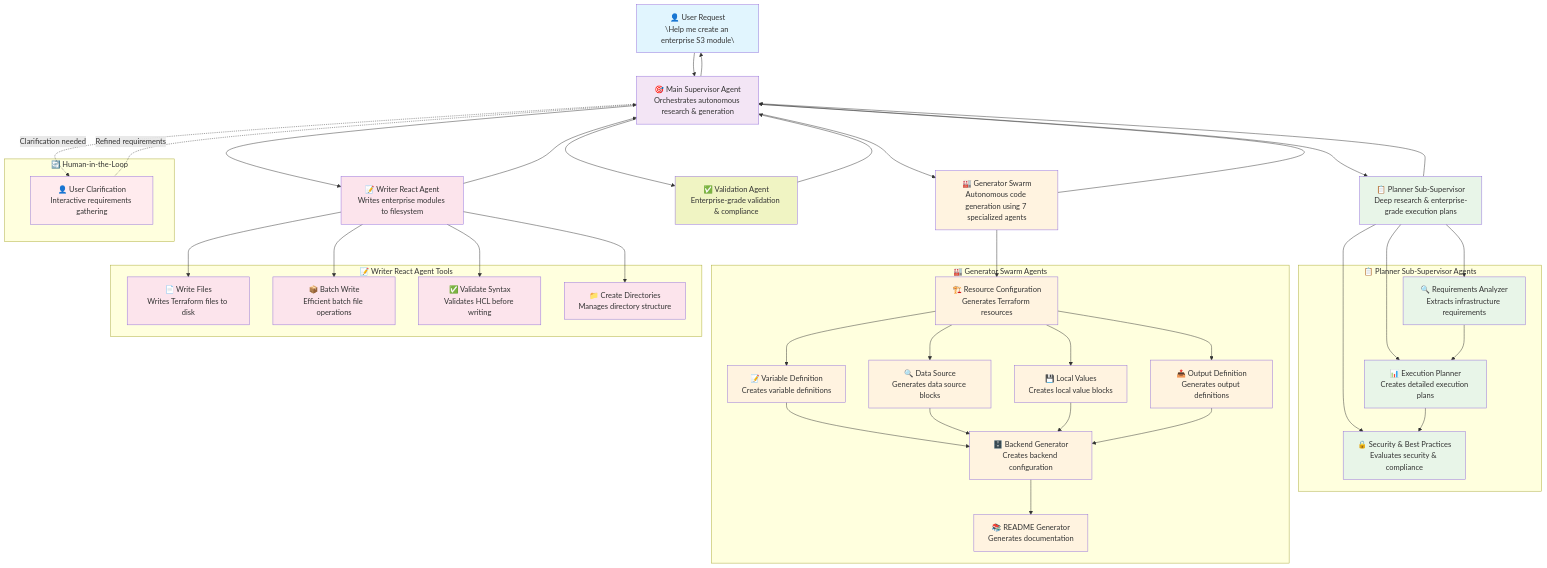
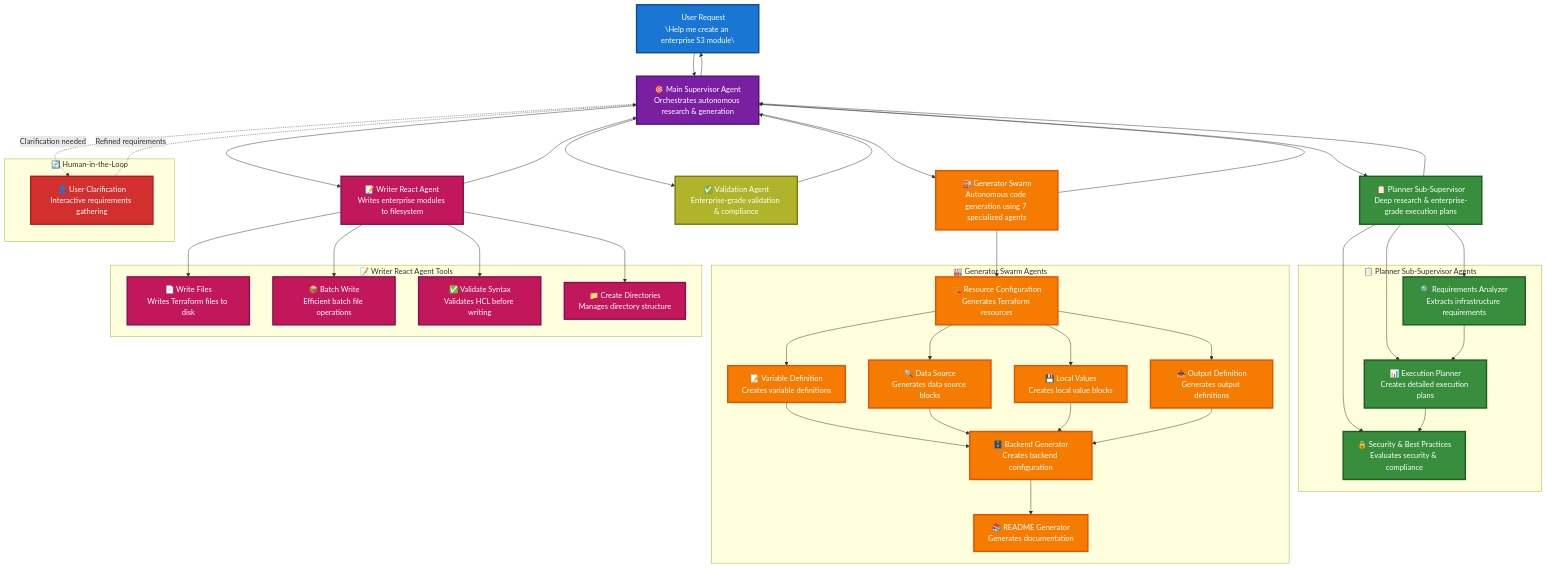
The first of 3 diagrams in README.md (talkops-ai/aws-orchestrator-agent), drawn with Mermaid before and after one commit. The commit also changed other lines of this file, not shown here.

Commit message:
change background color of mermaid diagram so that it can be visible

```diff
--- a/README.md
+++ b/README.md
@@ -97,13 +97,13 @@
     H -.->|"Refined requirements"| S
     
     %% Styling
-    classDef user fill:#e1f5fe
-    classDef supervisor fill:#f3e5f5
-    classDef planner fill:#e8f5e8
-    classDef generator fill:#fff3e0
-    classDef writer fill:#fce4ec
-    classDef validation fill:#f0f4c3
-    classDef human fill:#ffebee
+    classDef user fill:#1976d2,stroke:#0d47a1,stroke-width:3px,color:#fff
+    classDef supervisor fill:#7b1fa2,stroke:#4a148c,stroke-width:3px,color:#fff
+    classDef planner fill:#388e3c,stroke:#1b5e20,stroke-width:3px,color:#fff
+    classDef generator fill:#f57c00,stroke:#e65100,stroke-width:3px,color:#fff
+    classDef writer fill:#c2185b,stroke:#880e4f,stroke-width:3px,color:#fff
+    classDef validation fill:#afb42b,stroke:#827717,stroke-width:3px,color:#fff
+    classDef human fill:#d32f2f,stroke:#b71c1c,stroke-width:3px,color:#fff
     
     class U user
     class S supervisor
```
